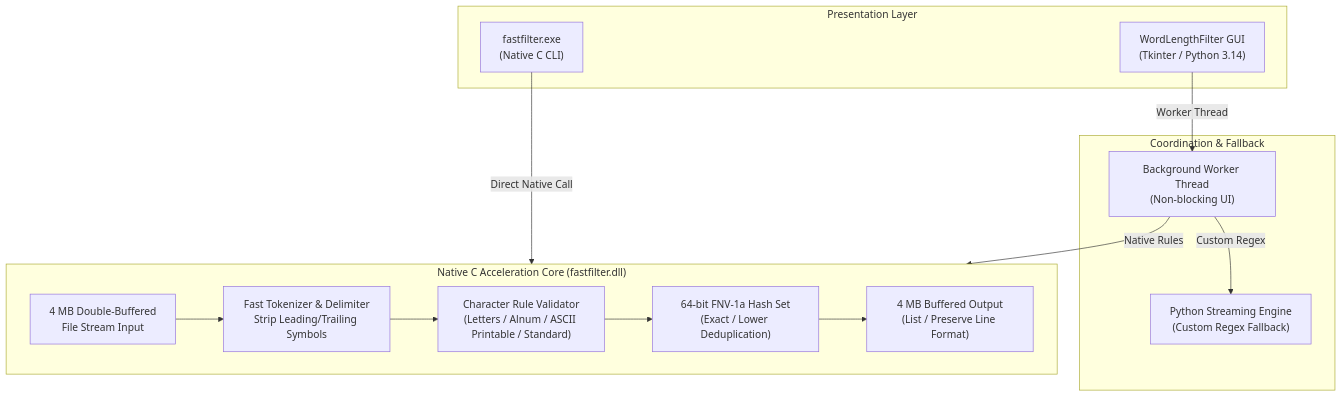
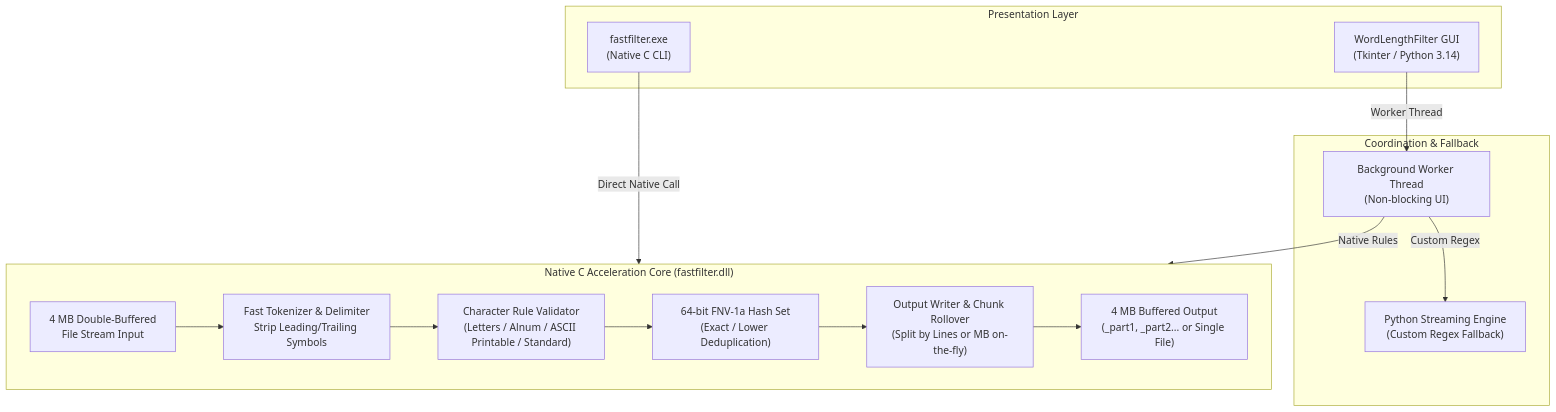
One commit to fied1k/Wordlist-Edit-Tool changed the diagram in README.md. Above: the diagram before and after it, drawn with Mermaid. The commit also changed other lines of this file and 6 other files, not shown here.

Commit message:
chore(release): release v1.2.0 - Add on-the-fly output splitting and rollover (by word count or file size) with global deduplication across chunks

````diff
--- a/README.md
+++ b/README.md
@@ -17,30 +17,32 @@
 ```mermaid
 flowchart TD
     subgraph Presentation ["Presentation Layer"]
         GUI["WordLengthFilter GUI\n(Tkinter / Python 3.14)"]
         CLI["fastfilter.exe\n(Native C CLI)"]
     end
 
     subgraph Coordination ["Coordination & Fallback"]
         WORKER["Background Worker Thread\n(Non-blocking UI)"]
         PY_STREAM["Python Streaming Engine\n(Custom Regex Fallback)"]
     end
 
     subgraph Engine ["Native C Acceleration Core (fastfilter.dll)"]
         BUF_IN["4 MB Double-Buffered\nFile Stream Input"]
         TOKENIZER["Fast Tokenizer & Delimiter\nStrip Leading/Trailing Symbols"]
         RULE_ENGINE["Character Rule Validator\n(Letters / Alnum / ASCII Printable / Standard)"]
         HASHSET["64-bit FNV-1a Hash Set\n(Exact / Lower Deduplication)"]
-        BUF_OUT["4 MB Buffered Output\n(List / Preserve Line Format)"]
+        ROLLOVER["Output Writer & Chunk Rollover\n(Split by Lines or MB on-the-fly)"]
+        BUF_OUT["4 MB Buffered Output\n(_part1, _part2... or Single File)"]
     end
 
     GUI -->|Worker Thread| WORKER
     WORKER -->|Native Rules| Engine
     WORKER -->|Custom Regex| PY_STREAM
     CLI -->|Direct Native Call| Engine
 
     BUF_IN --> TOKENIZER
     TOKENIZER --> RULE_ENGINE
     RULE_ENGINE --> HASHSET
-    HASHSET --> BUF_OUT
+    HASHSET --> ROLLOVER
+    ROLLOVER --> BUF_OUT
 ```
````
